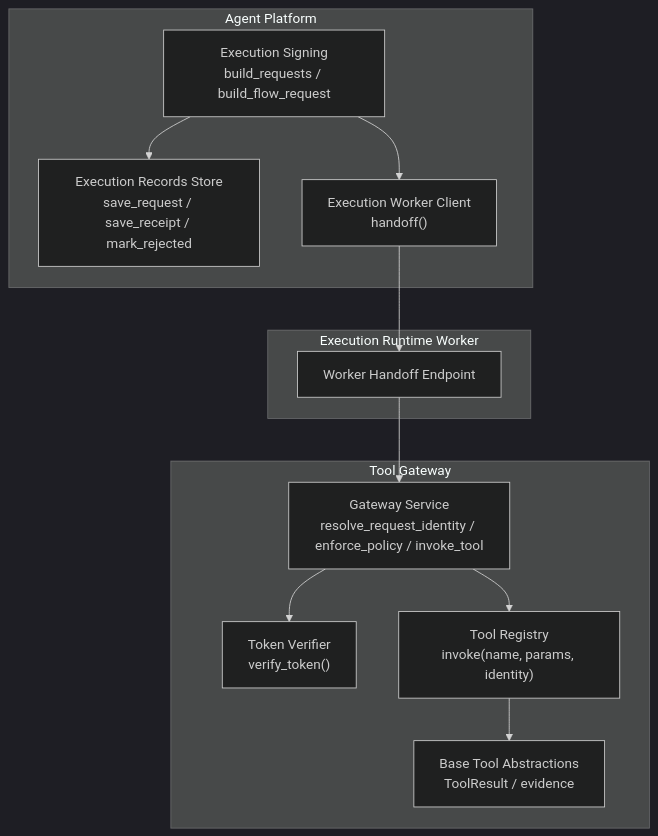
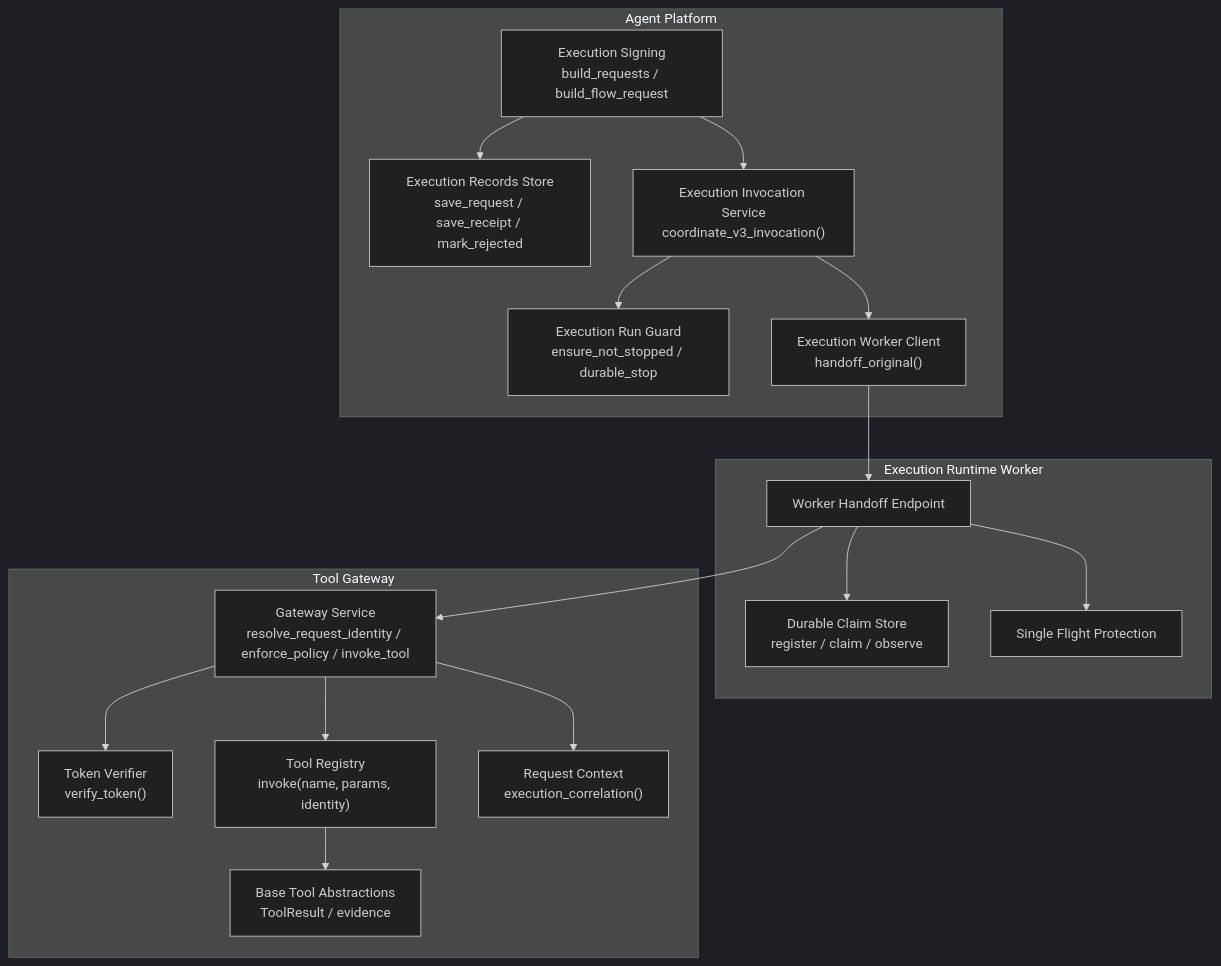
The first of 5 diagrams in .qoder/repowiki/en/content/Core Services/Agent Platform/Tool Execution Coordination.md (metasync/luban-aiops), drawn with Mermaid (dark theme) before and after one commit. The commit also changed other lines of this file and 19 other files, not shown here.

Commit message:
docs: refresh repowiki knowledge cache (SPEC-063 durable execution, v0.43.0)

````diff
--- a/.qoder/repowiki/en/content/Core Services/Agent Platform/Tool Execution Coordination.md
+++ b/.qoder/repowiki/en/content/Core Services/Agent Platform/Tool Execution Coordination.md
@@ -33,24 +48,34 @@
 ```mermaid
 graph TB
 subgraph "Agent Platform"
 A["Execution Signing<br/>build_requests / build_flow_request"]
 B["Execution Records Store<br/>save_request / save_receipt / mark_rejected"]
-C["Execution Worker Client<br/>handoff()"]
+C["Execution Invocation Service<br/>coordinate_v3_invocation()"]
+D["Execution Run Guard<br/>ensure_not_stopped / durable_stop"]
+E["Execution Worker Client<br/>handoff_original()"]
 end
 subgraph "Execution Runtime Worker"
 W["Worker Handoff Endpoint"]
+F["Durable Claim Store<br/>register / claim / observe"]
+G["Single Flight Protection"]
 end
 subgraph "Tool Gateway"
-G["Gateway Service<br/>resolve_request_identity / enforce_policy / invoke_tool"]
-T["Token Verifier<br/>verify_token()"]
-R["Tool Registry<br/>invoke(name, params, identity)"]
-D["Base Tool Abstractions<br/>ToolResult / evidence"]
+H["Gateway Service<br/>resolve_request_identity / enforce_policy / invoke_tool"]
+I["Token Verifier<br/>verify_token()"]
+J["Tool Registry<br/>invoke(name, params, identity)"]
+K["Base Tool Abstractions<br/>ToolResult / evidence"]
+L["Request Context<br/>execution_correlation()"]
 end
 A --> B
 A --> C
-C --> W
+C --> D
+C --> E
+E --> W
+W --> F
 W --> G
-G --> T
-G --> R
-R --> D
+W --> H
+H --> I
+H --> J
+J --> K
+H --> L
 ```
````
